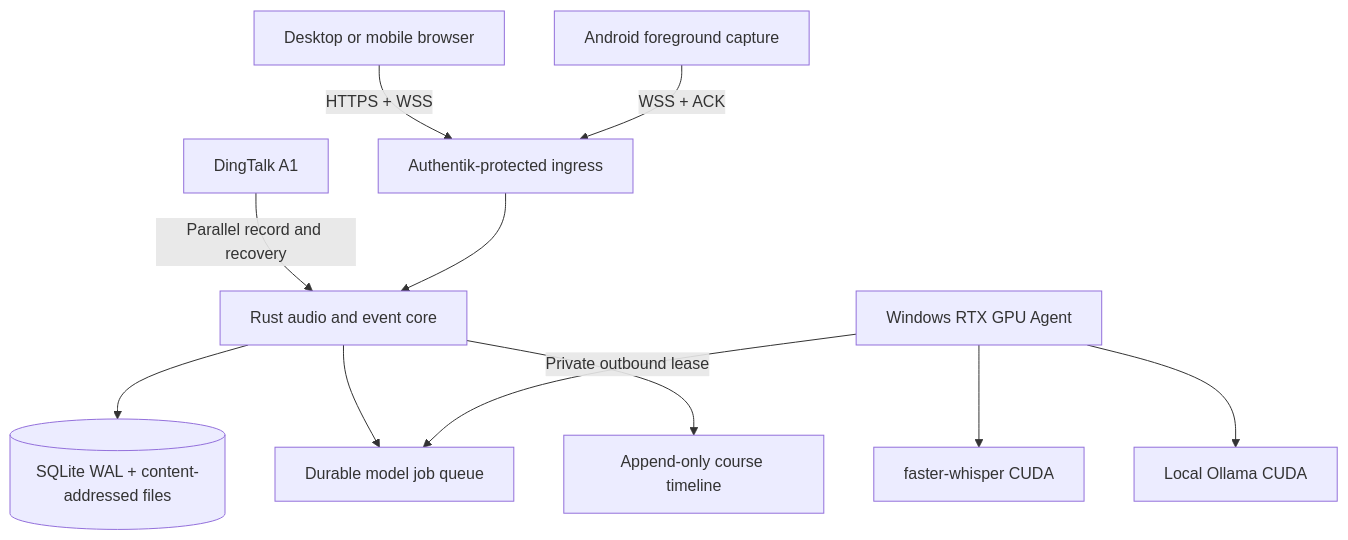
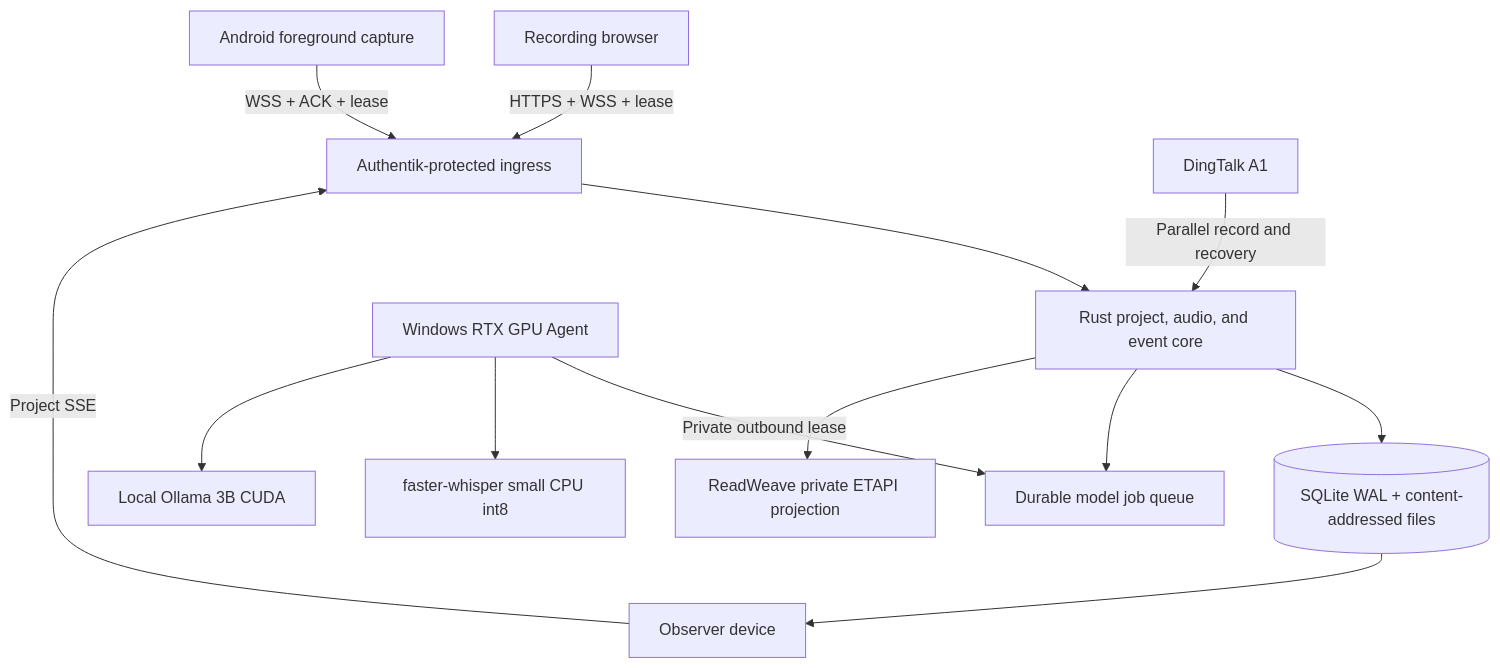
Before and after one commit to AIALRA-0/AIALRA-LIVE-TRANSLATE: the diagram in README.en.md, drawn with Mermaid. The commit also changed other lines of this file and 72 other files, not shown here.

Commit message:
feat: add durable projects recovery and ReadWeave sync

````diff
--- a/README.en.md
+++ b/README.en.md
@@ -34,13 +38,15 @@
 ```mermaid
 flowchart TD
-  Browser[Desktop or mobile browser] -->|HTTPS + WSS| Auth[Authentik-protected ingress]
-  Android[Android foreground capture] -->|WSS + ACK| Auth
+  Recorder[Recording browser] -->|HTTPS + WSS + lease| Auth[Authentik-protected ingress]
+  Observer[Observer device] -->|Project SSE| Auth
+  Android[Android foreground capture] -->|WSS + ACK + lease| Auth
   A1[DingTalk A1] -->|Parallel record and recovery| Core
-  Auth --> Core[Rust audio and event core]
+  Auth --> Core[Rust project, audio, and event core]
   Core --> Store[(SQLite WAL + content-addressed files)]
   Core --> Queue[Durable model job queue]
   Agent[Windows RTX GPU Agent] -->|Private outbound lease| Queue
-  Agent --> ASR[faster-whisper CUDA]
-  Agent --> LLM[Local Ollama CUDA]
-  Core --> Timeline[Append-only course timeline]
+  Agent --> ASR[faster-whisper small CPU int8]
+  Agent --> LLM[Local Ollama 3B CUDA]
+  Core --> Notes[ReadWeave private ETAPI projection]
+  Store --> Observer
 ```
````
